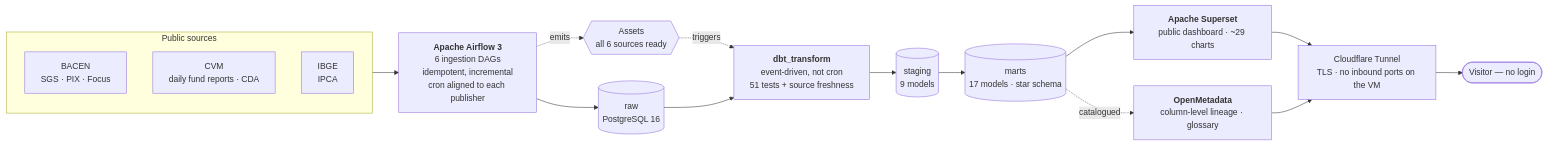
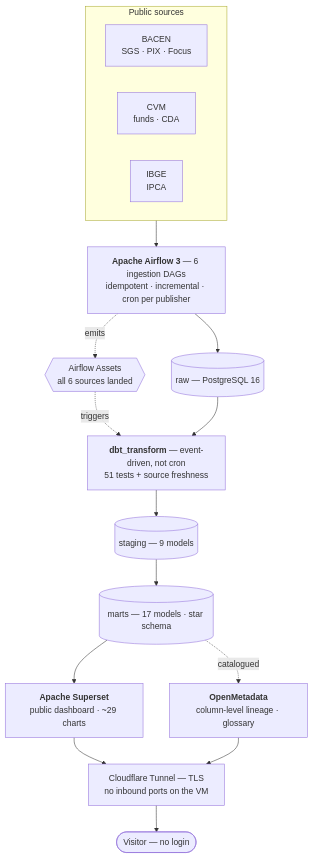
One commit to geraldoschuetze/geraldoschuetze changed the diagram in README.md. Above: the diagram before and after it, drawn with Mermaid. The commit also changed other lines of this file, not shown here.

Commit message:
Lay the flow diagram out vertically so it is readable in the profile column

````diff
--- a/README.md
+++ b/README.md
@@ -12,32 +12,32 @@
 ```mermaid
-flowchart LR
+flowchart TB
     subgraph SRC["Public sources"]
-        direction TB
+        direction LR
         BACEN["BACEN<br/>SGS · PIX · Focus"]
-        CVM["CVM<br/>daily fund reports · CDA"]
+        CVM["CVM<br/>funds · CDA"]
         IBGE["IBGE<br/>IPCA"]
     end
 
-    ING["<b>Apache Airflow 3</b><br/>6 ingestion DAGs<br/>idempotent, incremental<br/>cron aligned to each publisher"]
-    RAW[("raw<br/>PostgreSQL 16")]
-    EVT{{"Assets<br/>all 6 sources ready"}}
-    DBT["<b>dbt_transform</b><br/>event-driven, not cron<br/>51 tests + source freshness"]
-    STG[("staging<br/>9 models")]
-    MRT[("marts<br/>17 models · star schema")]
+    ING["<b>Apache Airflow 3</b> — 6 ingestion DAGs<br/>idempotent · incremental · cron per publisher"]
+    RAW[("raw — PostgreSQL 16")]
+    EVT{{"Airflow Assets<br/>all 6 sources landed"}}
+    DBT["<b>dbt_transform</b> — event-driven, not cron<br/>51 tests + source freshness"]
+    STG[("staging — 9 models")]
+    MRT[("marts — 17 models · star schema")]
     SUP["<b>Apache Superset</b><br/>public dashboard · ~29 charts"]
     OM["<b>OpenMetadata</b><br/>column-level lineage · glossary"]
-    CF["Cloudflare Tunnel<br/>TLS · no inbound ports on the VM"]
+    CF["Cloudflare Tunnel — TLS<br/>no inbound ports on the VM"]
     VIS(["Visitor — no login"])
 
     SRC --> ING
     ING --> RAW
     ING -. emits .-> EVT
     EVT -. triggers .-> DBT
     RAW --> DBT
     DBT --> STG --> MRT
     MRT --> SUP
     MRT -. catalogued .-> OM
     SUP --> CF
     OM --> CF
     CF --> VIS
 ```
````
